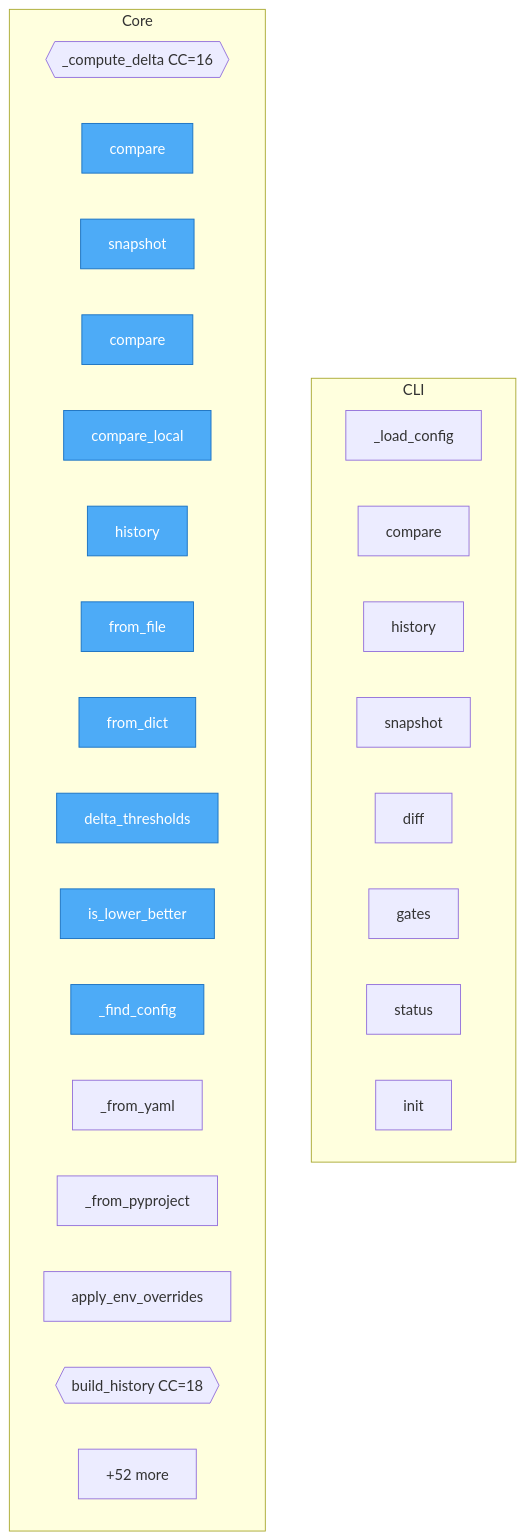
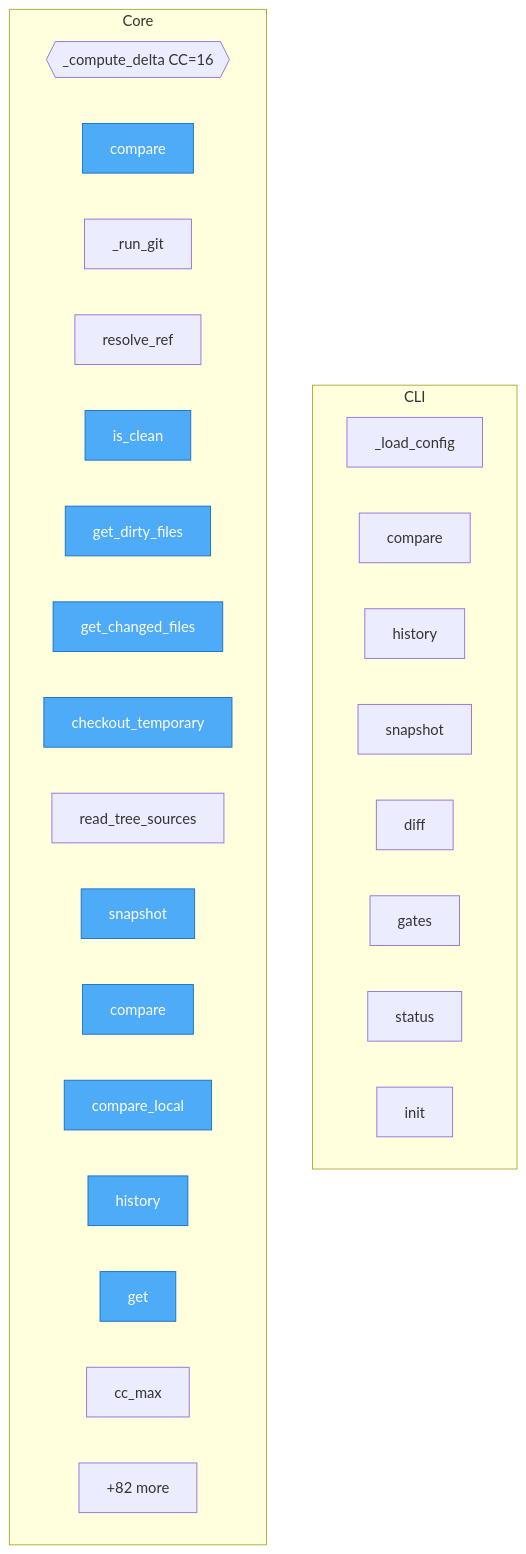
Before and after one commit to semcod/regix: the diagram in project/flow.mmd, drawn with Mermaid. The commit also changed 35 other files, not shown here.

```diff
--- a/project/flow.mmd
+++ b/project/flow.mmd
@@ -1,36 +1,36 @@
 flowchart TD
 
     %% Entry points (blue)
     classDef entry fill:#4dabf7,stroke:#1971c2,color:#fff
 
     subgraph CLI
         regix__cli___load_config["_load_config"]
         regix__cli__compare["compare"]
         regix__cli__history["history"]
         regix__cli__snapshot["snapshot"]
         regix__cli__diff["diff"]
         regix__cli__gates["gates"]
         regix__cli__status["status"]
         regix__cli__init["init"]
     end
 
     subgraph Core
         regix__compare___compute_delta{{_compute_delta CC=16}}
         regix__compare__compare["compare"]
+        regix__git___run_git["_run_git"]
+        regix__git__resolve_ref["resolve_ref"]
+        regix__git__is_clean["is_clean"]
+        regix__git__get_dirty_files["get_dirty_files"]
+        regix__git__get_changed_files["get_changed_files"]
+        regix__git__checkout_temporary["checkout_temporary"]
+        regix__git__read_tree_sources["read_tree_sources"]
         regix__Regix__snapshot["snapshot"]
         regix__Regix__compare["compare"]
         regix__Regix__compare_local["compare_local"]
         regix__Regix__history["history"]
-        regix__config__RegressionConfig__from_file["from_file"]
-        regix__config__RegressionConfig__from_dict["from_dict"]
-        regix__config__RegressionConfig__delta_thresholds["delta_thresholds"]
-        regix__config__RegressionConfig__is_lower_better["is_lower_better"]
-        regix__config__RegressionConfig___find_config["_find_config"]
-        regix__config__RegressionConfig___from_yaml["_from_yaml"]
-        regix__config__RegressionConfig___from_pyproject["_from_pyproject"]
-        regix__config__RegressionConfig__apply_env_overrides["apply_env_overrides"]
-        regix__history__build_history{{build_history CC=18}}
-        ...["+52 more"]
+        regix__config__GateThresholds__get["get"]
+        regix__config__RegressionConfig__cc_max["cc_max"]
+        ...["+82 more"]
     end
 
-    class regix__compare__compare,regix__Regix__snapshot,regix__Regix__compare,regix__Regix__compare_local,regix__Regix__history,regix__config__RegressionConfig__from_file,regix__config__RegressionConfig__from_dict,regix__config__RegressionConfig__delta_thresholds,regix__config__RegressionConfig__is_lower_better,regix__config__RegressionConfig___find_config entry
+    class regix__compare__compare,regix__git__is_clean,regix__git__get_dirty_files,regix__git__get_changed_files,regix__git__checkout_temporary,regix__Regix__snapshot,regix__Regix__compare,regix__Regix__compare_local,regix__Regix__history,regix__config__GateThresholds__get entry
```
